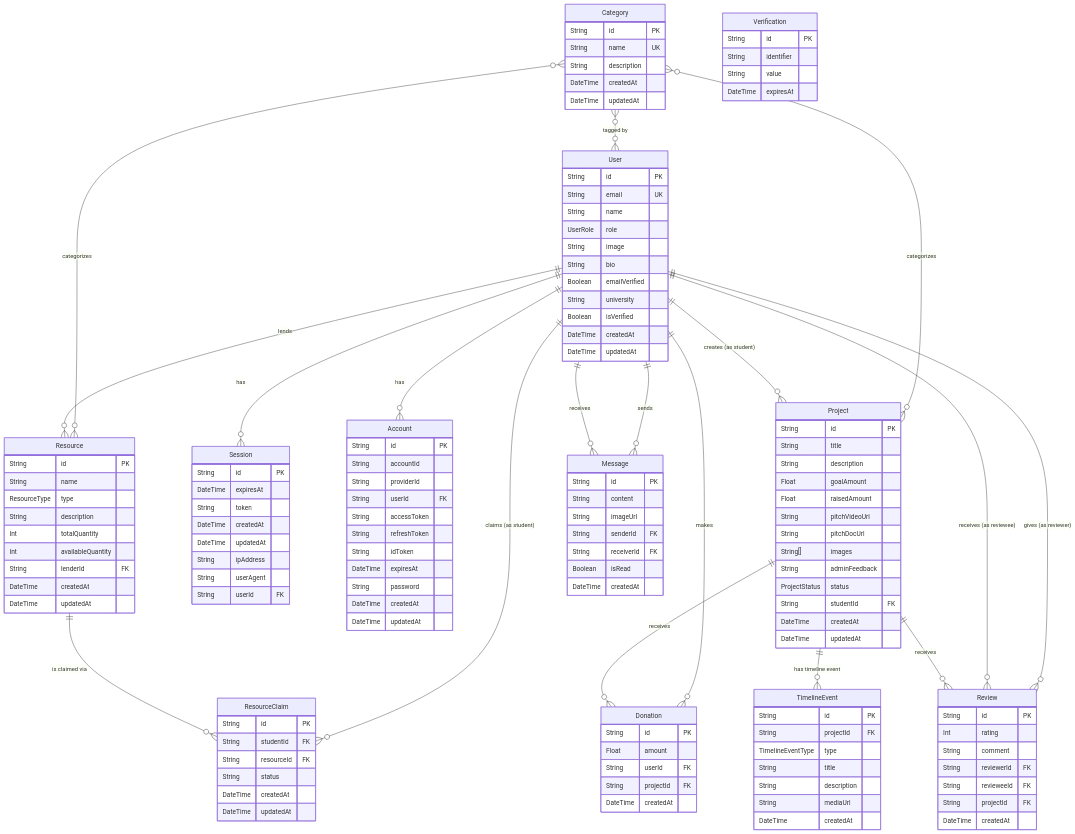
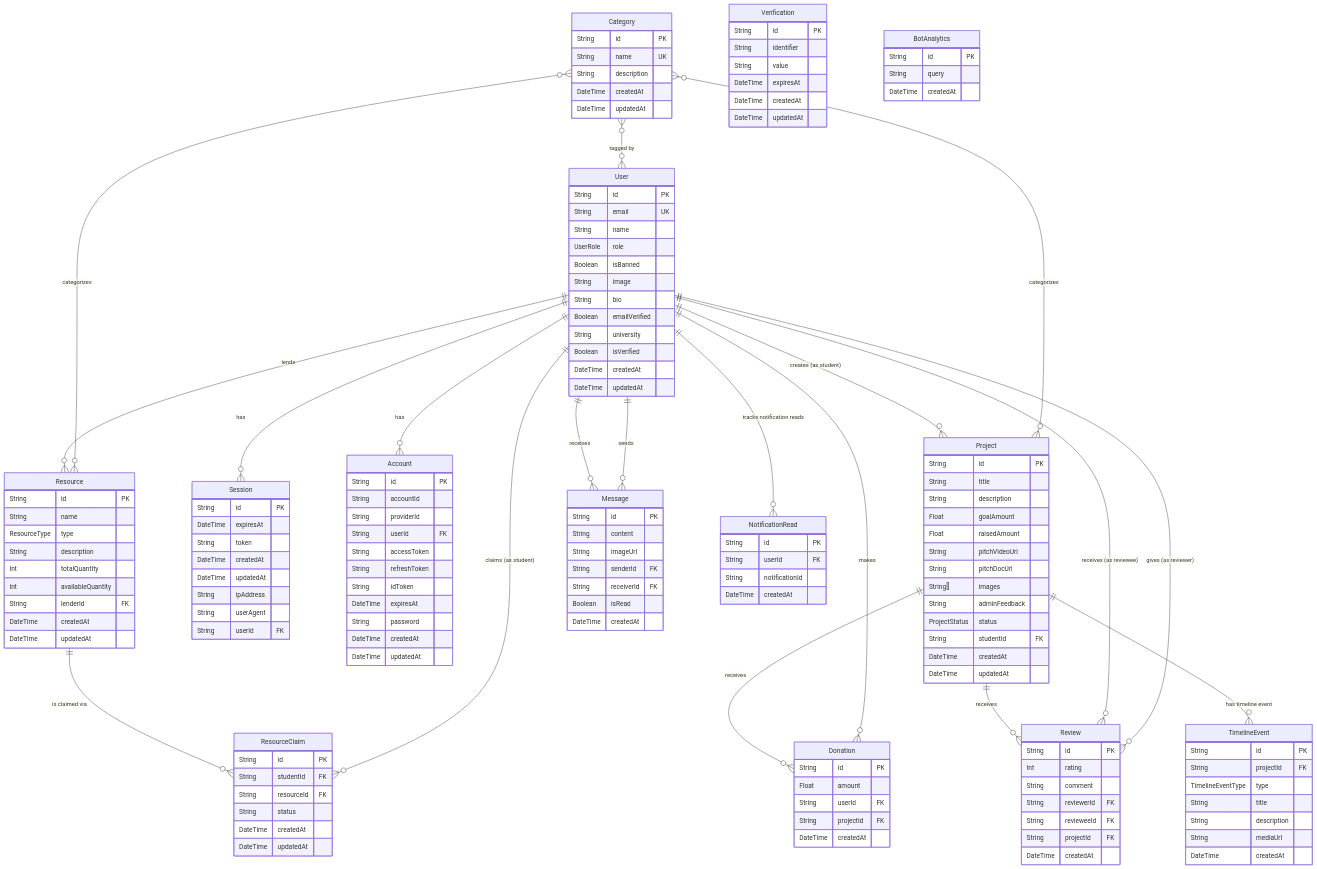
One commit to mkamrul9/fundingPanda-backend changed the diagram in README.md. Above: the diagram before and after it, drawn with Mermaid.

Commit message:
doc: schema update

````diff
--- a/README.md
+++ b/README.md
@@ -193,6 +193,7 @@
 		String email UK
 		String name
 		UserRole role
+		Boolean isBanned
 		String image
 		String bio
 		Boolean emailVerified
@@ -261,6 +262,8 @@
 		String identifier
 		String value
 		DateTime expiresAt
+		DateTime createdAt
+		DateTime updatedAt
 	}
 
 	Project {
@@ -317,6 +320,19 @@
 		DateTime createdAt
 	}
 
+	NotificationRead {
+		String id PK
+		String userId FK
+		String notificationId
+		DateTime createdAt
+	}
+
+	BotAnalytics {
+		String id PK
+		String query
+		DateTime createdAt
+	}
+
 	%% Relationships
 
 	%% Implicit Many-to-Many Relations
@@ -345,4 +361,5 @@
     
 	User ||--o{ Message : "sends"
 	User ||--o{ Message : "receives"
+	User ||--o{ NotificationRead : "tracks notification reads"
 ```
````
